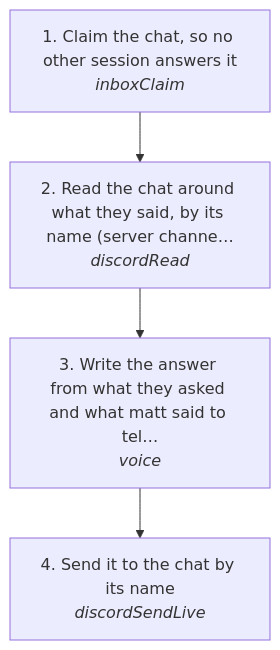
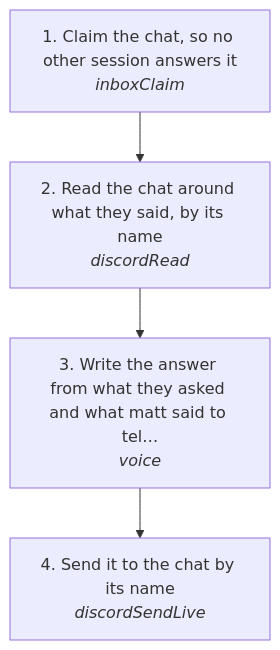
One commit to matthewdonsemail-lab/log changed the diagram in docs/useCases/discord/channelReply.md. Above: the diagram before and after it, drawn with Mermaid. The commit also changed other lines of this file and 16 other files, not shown here.

Commit message:
docs(discord): a server reply play, apart from DMs and group DMs

````diff
--- a/docs/useCases/discord/channelReply.md
+++ b/docs/useCases/discord/channelReply.md
@@ -14,10 +14,10 @@
 ```mermaid
 flowchart TD
   s0["1. Claim the chat, so no other session answers it<br/><i>inboxClaim</i>"]
-  s1["2. Read the chat around what they said, by its name (server channe…<br/><i>discordRead</i>"]
+  s1["2. Read the chat around what they said, by its name<br/><i>discordRead</i>"]
   s2["3. Write the answer from what they asked and what matt said to tel…<br/><i>voice</i>"]
   s3["4. Send it to the chat by its name<br/><i>discordSendLive</i>"]
   s0 --> s1
   s1 --> s2
   s2 --> s3
 ```
````
